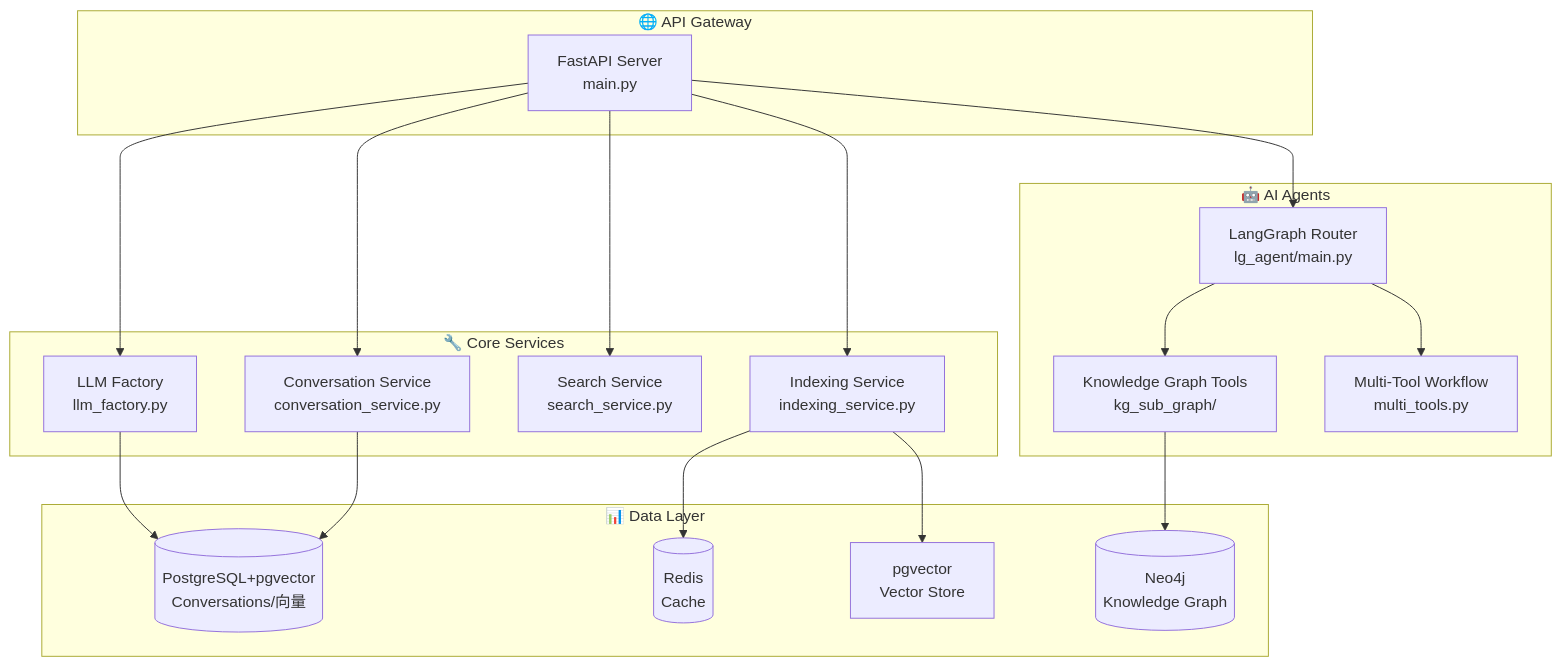
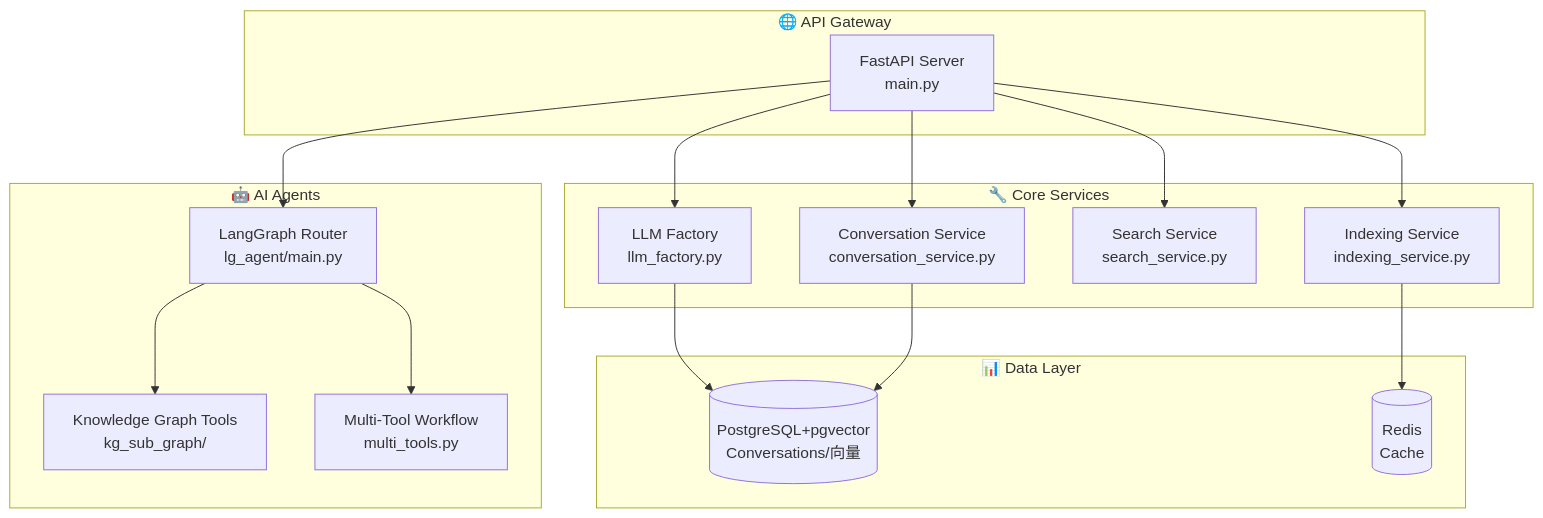
The diagram in llm_backend/README.md (blowt16/SmartCS-Agent), drawn with Mermaid before and after one commit. The commit also changed other lines of this file and 85 other files, not shown here.

First line of the commit message:
[refactor] 彻底移除 Neo4j 与 Cypher：知识库查询统一为 pgvector 向量检索

````diff
--- a/llm_backend/README.md
+++ b/llm_backend/README.md
@@ -15,40 +14,36 @@
 ```mermaid
 flowchart TB
     subgraph "🌐 API Gateway"
         A[FastAPI Server<br/>main.py]
     end
     
     subgraph "🔧 Core Services"
         B[LLM Factory<br/>llm_factory.py]
         C[Conversation Service<br/>conversation_service.py]
         D[Search Service<br/>search_service.py]
         E[Indexing Service<br/>indexing_service.py]
     end
     
     subgraph "🤖 AI Agents"
         F[LangGraph Router<br/>lg_agent/main.py]
         G[Knowledge Graph Tools<br/>kg_sub_graph/]
         H[Multi-Tool Workflow<br/>multi_tools.py]
     end
     
     subgraph "📊 Data Layer"
         I[(PostgreSQL+pgvector<br/>Conversations/向量)]
-        J[(Neo4j<br/>Knowledge Graph)]
         K[(Redis<br/>Cache)]
-        L[pgvector<br/>Vector Store]
     end
     
     A --> B
     A --> C
     A --> D
     A --> E
     A --> F
     
     B --> I
     C --> I
     F --> G
     F --> H
-    G --> J
     E --> K
-    E --> L
 ```
````
